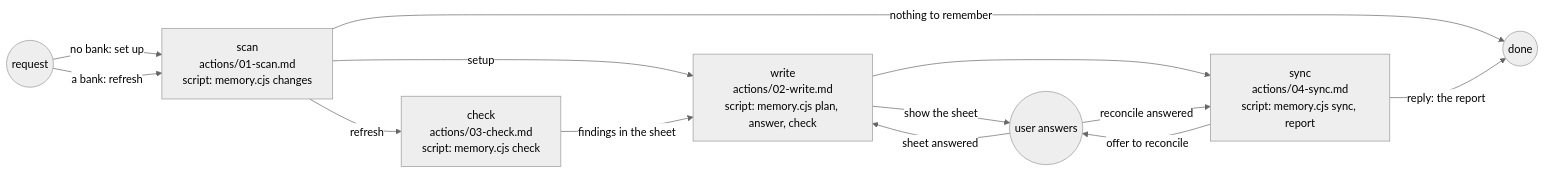
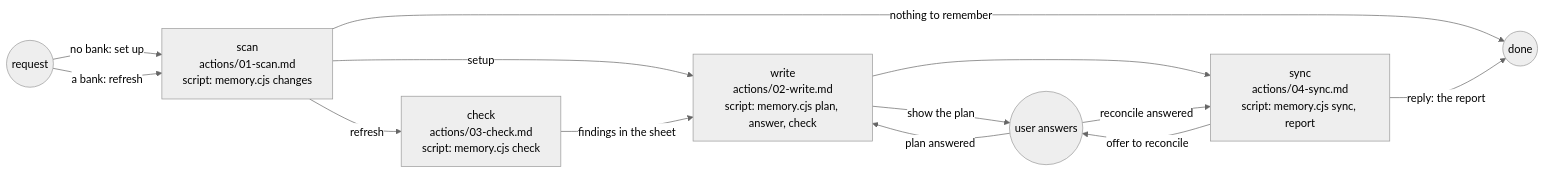
One commit to ai-driven-dev/framework changed the diagram in plugins/aidd-context/skills/02-project-memory/SKILL.md. Above: the diagram before and after it, drawn with Mermaid (neutral theme). The commit also changed other lines of this file and 4 other files, not shown here.

````diff
--- a/plugins/aidd-context/skills/02-project-memory/SKILL.md
+++ b/plugins/aidd-context/skills/02-project-memory/SKILL.md
@@ -11,15 +11,15 @@
 ```mermaid
 flowchart LR
   request((request)) -->|"no bank: set up"| scan["scan<br>actions/01-scan.md<br>script: memory.cjs changes"]
   request -->|"a bank: refresh"| scan
   scan -->|"setup"| write["write<br>actions/02-write.md<br>script: memory.cjs plan, answer, check"]
   scan -->|"refresh"| check["check<br>actions/03-check.md<br>script: memory.cjs check"]
   scan -->|"nothing to remember"| done((done))
   check -->|"findings in the sheet"| write
-  write -->|"show the sheet"| user((user answers))
-  user -->|"sheet answered"| write
+  write -->|"show the plan"| user((user answers))
+  user -->|"plan answered"| write
   write --> sync
   sync["sync<br>actions/04-sync.md<br>script: memory.cjs sync, report"] -->|"offer to reconcile"| user
   user -->|"reconcile answered"| sync
   sync -->|"reply: the report"| done
 ```
````
